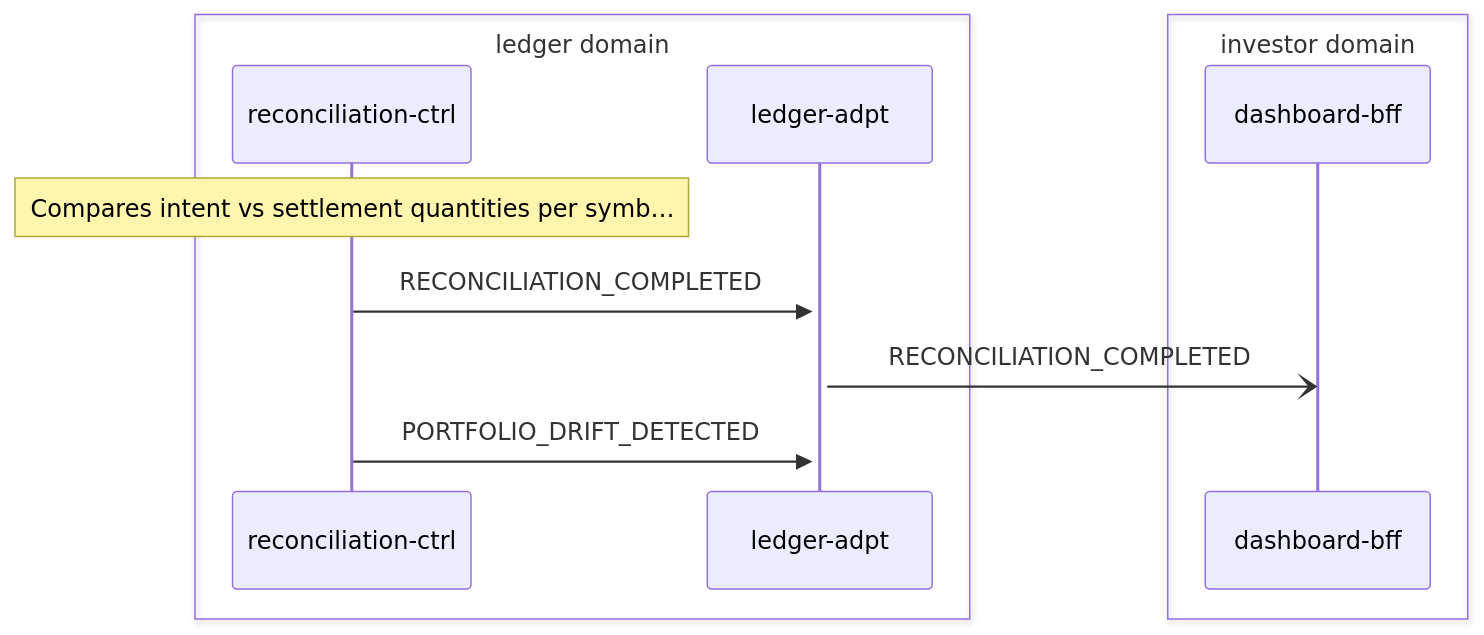
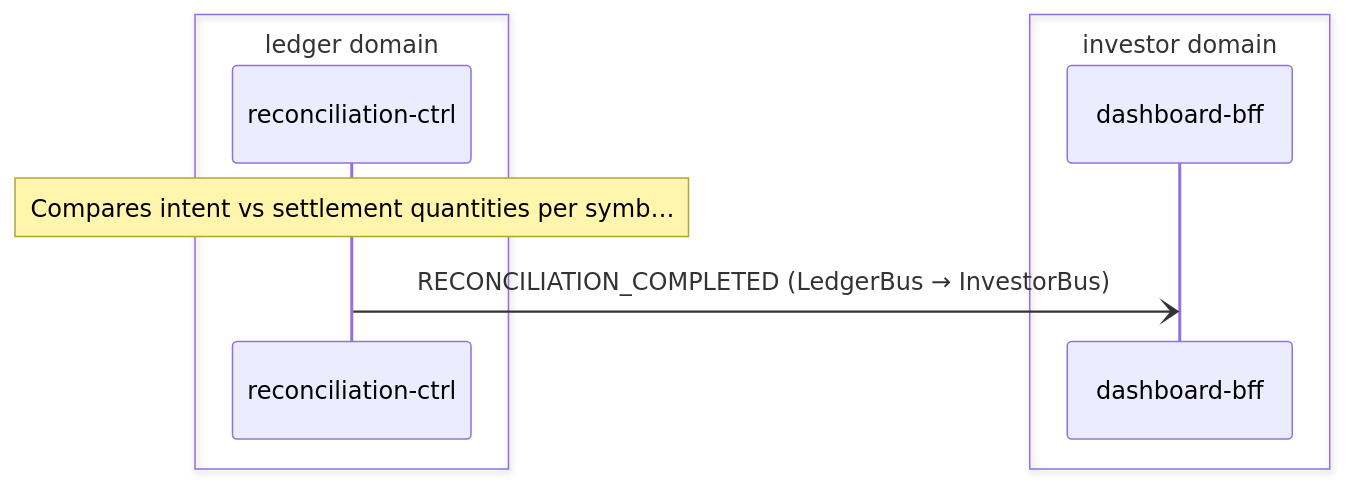
Before and after one commit to fabio-vitali/nestfolio: the second of 2 diagrams in docs/data-flows/reconciliation.md, drawn with Mermaid. The commit also changed other lines of this file and 19 other files, not shown here.

First line of the commit message:
docs(flows): update flow specs and schema for pull model adapter routing

````diff
--- a/docs/data-flows/reconciliation.md
+++ b/docs/data-flows/reconciliation.md
@@ -26,14 +24,11 @@
 ```mermaid
 sequenceDiagram
     box ledger domain
         participant reconciliation_ctrl as reconciliation-ctrl
-        participant ledger_adpt as ledger-adpt
     end
     box investor domain
         participant dashboard_bff as dashboard-bff
     end
     Note over reconciliation_ctrl: Compares intent vs settlement quantities per symb…
-    reconciliation_ctrl->>+ledger_adpt: RECONCILIATION_COMPLETED
-    ledger_adpt-)dashboard_bff: RECONCILIATION_COMPLETED
-    reconciliation_ctrl->>+ledger_adpt: PORTFOLIO_DRIFT_DETECTED
+    reconciliation_ctrl-)dashboard_bff: RECONCILIATION_COMPLETED (LedgerBus → InvestorBus)
 ```
````
